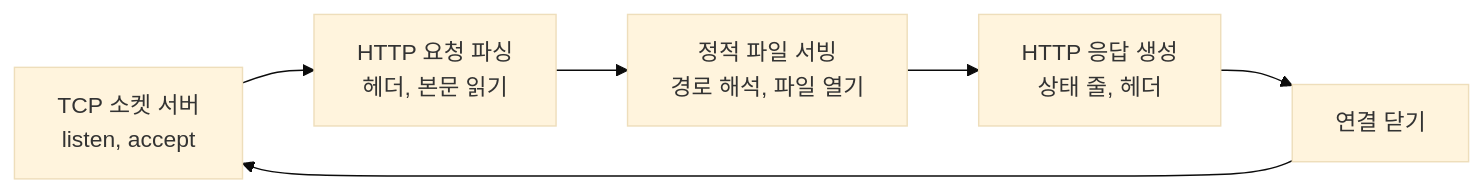
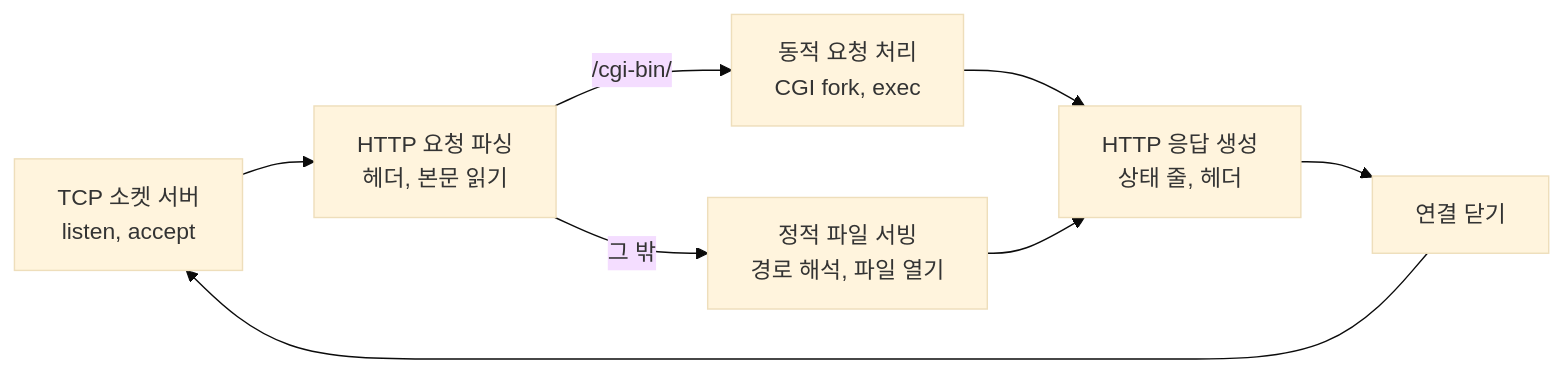
The diagram in docs/README.md (choimoohun/SW-AI-W13-Web-Server), drawn with Mermaid (base theme) before and after one commit. The commit also changed other lines of this file and 14 other files, not shown here.

First line of the commit message:
feat: /cgi-bin/ 요청을 CGI 프로그램으로 실행하는 5단계 구현

````diff
--- a/docs/README.md
+++ b/docs/README.md
@@ -13,8 +13,10 @@
 ```mermaid
 flowchart LR
     A["TCP 소켓 서버<br/>listen, accept"] --> B["HTTP 요청 파싱<br/>헤더, 본문 읽기"]
-    B --> C["정적 파일 서빙<br/>경로 해석, 파일 열기"]
+    B -->|"그 밖"| C["정적 파일 서빙<br/>경로 해석, 파일 열기"]
+    B -->|"/cgi-bin/"| G["동적 요청 처리<br/>CGI fork, exec"]
+    G --> D
     C --> D["HTTP 응답 생성<br/>상태 줄, 헤더"]
     D --> E["연결 닫기"]
     E --> A
 ```
````
